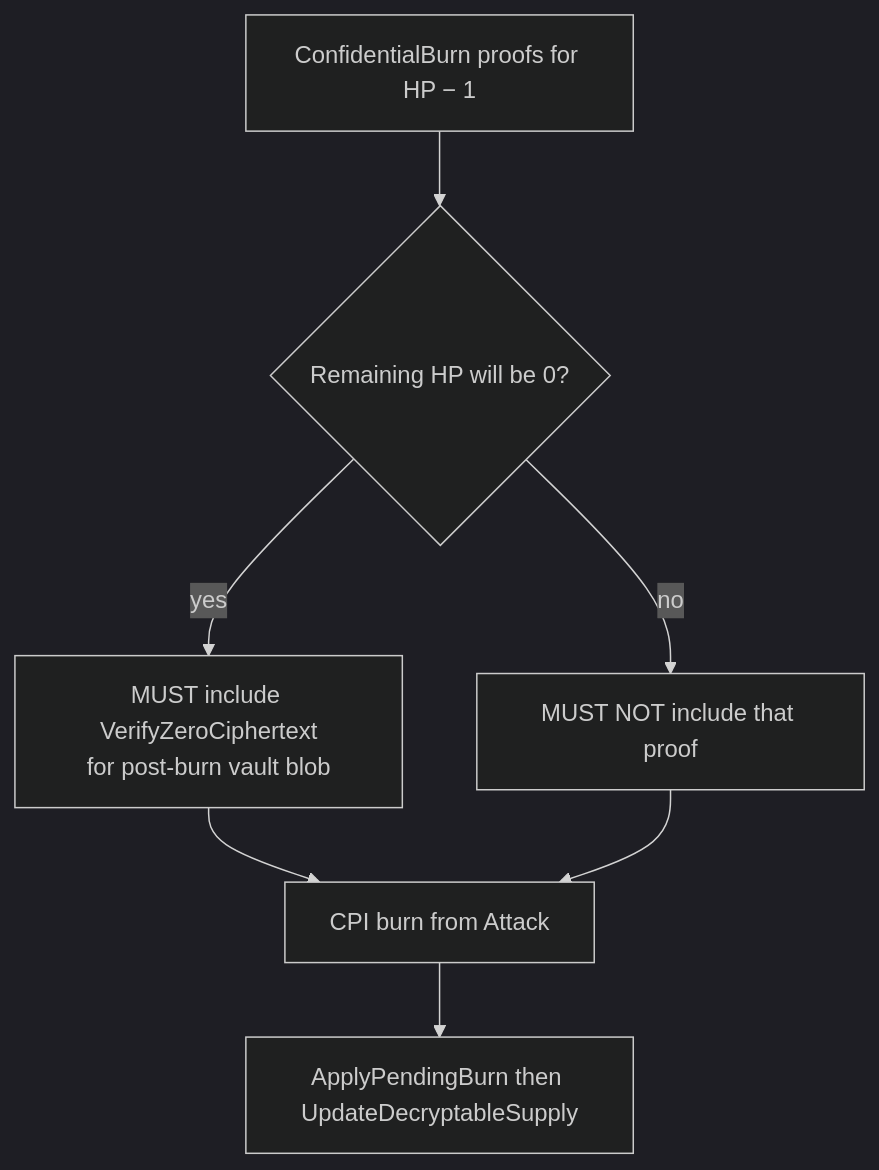
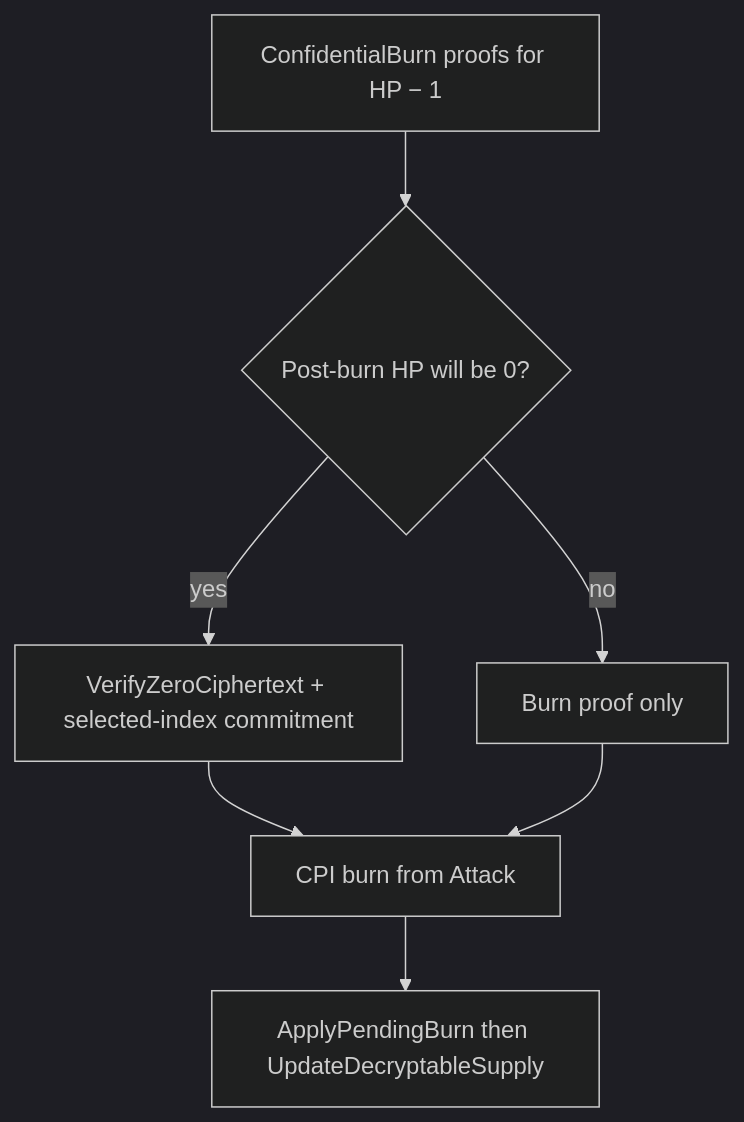
The third of 3 diagrams in docs/arbiter.md (kilogold/confidential-pinata), drawn with Mermaid (dark theme) before and after one commit. The commit also changed other lines of this file and 8 other files, not shown here.

````diff
--- a/docs/arbiter.md
+++ b/docs/arbiter.md
@@ -87,10 +90,10 @@
 ```mermaid
 flowchart TB
   burn[ConfidentialBurn proofs for HP − 1]
-  burn --> z{"Remaining HP will be 0?"}
-  z -->|yes| zp[MUST include VerifyZeroCiphertext<br/>for post-burn vault blob]
-  z -->|no| nz[MUST NOT include that proof]
+  burn --> z{Post-burn HP will be 0?}
+  z -->|yes| zp[VerifyZeroCiphertext + selected-index commitment]
+  z -->|no| nz[Burn proof only]
   zp --> seq[CPI burn from Attack]
   nz --> seq
   seq --> supply[ApplyPendingBurn then UpdateDecryptableSupply]
 ```
````
